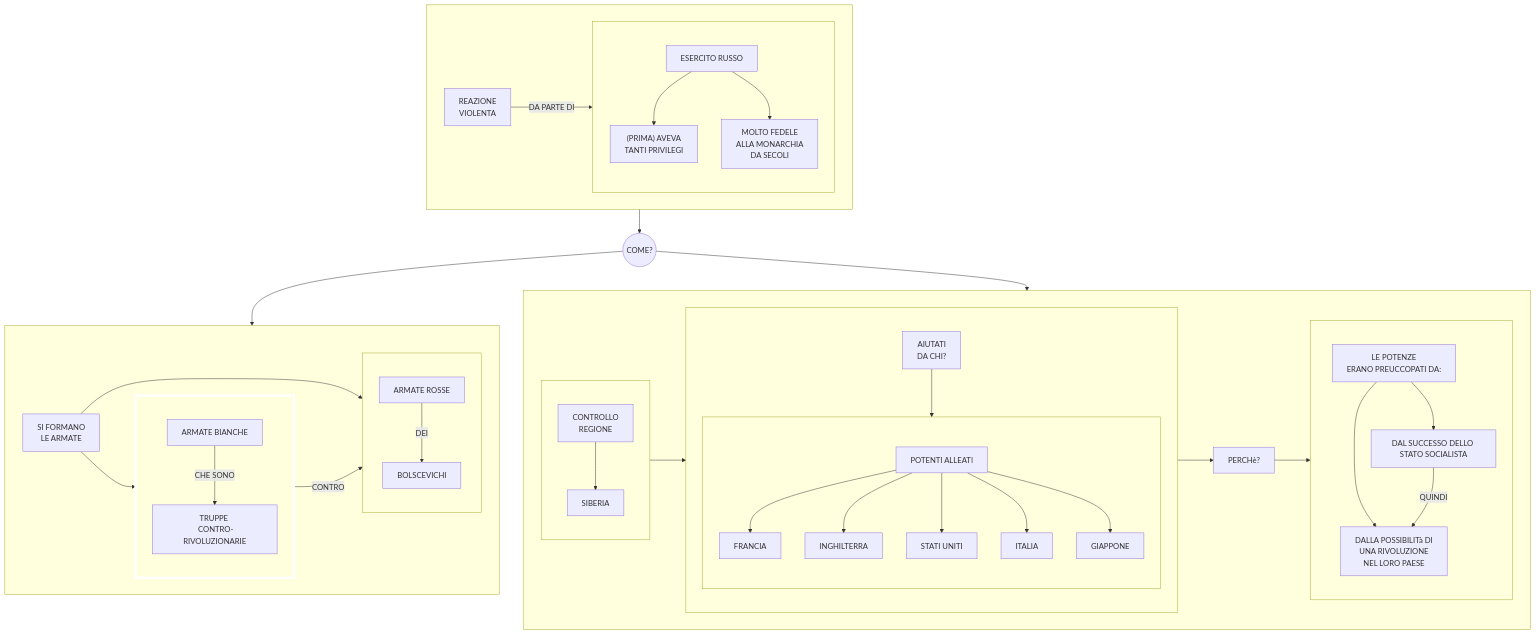
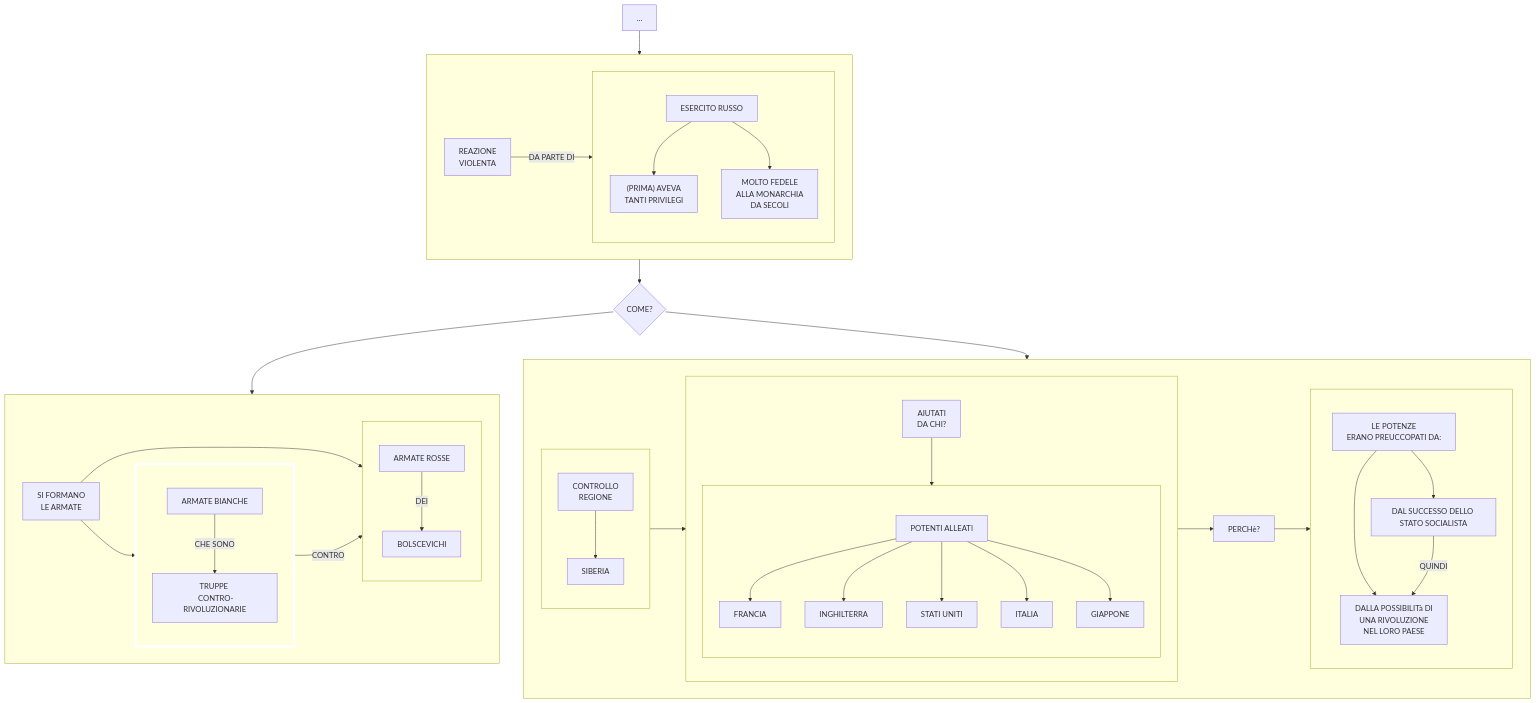
The sixth of 6 diagrams in stalinismo.md (Laaouatni/ricerca-storia-MermaidJS), drawn with Mermaid before and after one commit.

````diff
--- a/stalinismo.md
+++ b/stalinismo.md
@@ -238,63 +238,65 @@
 ```mermaid
 flowchart TB
+    4[...] 
+    4 --> 020
     subgraph 020[" "]
         0200[REAZIONE <br> VIOLENTA]
         subgraph 021[" "]
             direction TB;
             0210[ESERCITO RUSSO]
             02100["(PRIMA) AVEVA <BR> TANTI PRIVILEGI"]
             02101[MOLTO FEDELE <BR> ALLA MONARCHIA <BR> DA SECOLI]
             0210 --> 02100 & 02101
         end
         0200 -->|DA PARTE DI| 021
     end
-    04((COME?))
+    04{COME?}
     04 --> 1 & 2
     020 --> 04  
     subgraph 1[" "]
         10[SI FORMANO <br> LE ARMATE]
         subgraph 100[" "]
             1000[ARMATE BIANCHE]
             10000[TRUPPE <BR> CONTRO-RIVOLUZIONARIE]
             1000 -->|CHE SONO| 10000
         end
         style 100 stroke:#FFFFFF, stroke-width:5px;
         subgraph 101[" "]
             1010[ARMATE ROSSE]
             10100[BOLSCEVICHI]
             1010 -->|DEI| 10100
         end
         10 --> 100 & 101
         100 --> |CONTRO| 101
     end
     subgraph 2[" "]
         subgraph 20[" "]
             200[CONTROLLO <br> REGIONE]
             2000[SIBERIA]
             200 --> 2000
         end
         subgraph 24[" "]
             21[AIUTATI <br> DA CHI?]
             subgraph 22[" "]
                 23[POTENTI ALLEATI]
                 230[FRANCIA]
                 231[INGHILTERRA]
                 232[STATI UNITI]
                 233[ITALIA]
                 234[GIAPPONE]
                 23 --> 230 & 231 & 232 & 233 & 234
             end
         end
         26["PERCHè?"]
         subgraph 25[" "]
             250[LE POTENZE <BR> ERANO PREUCCOPATI DA:]
             2500[DAL SUCCESSO DELLO STATO SOCIALISTA]
             2501[DALLA POSSIBILITà DI <BR> UNA RIVOLUZIONE <BR> NEL LORO PAESE]
             250 --> 2500 & 2501
             2500 -->|QUINDI| 2501
         end
         20 --> 24
         21 --> 22
         24 --> 26 --> 25
     end
 ```
````
